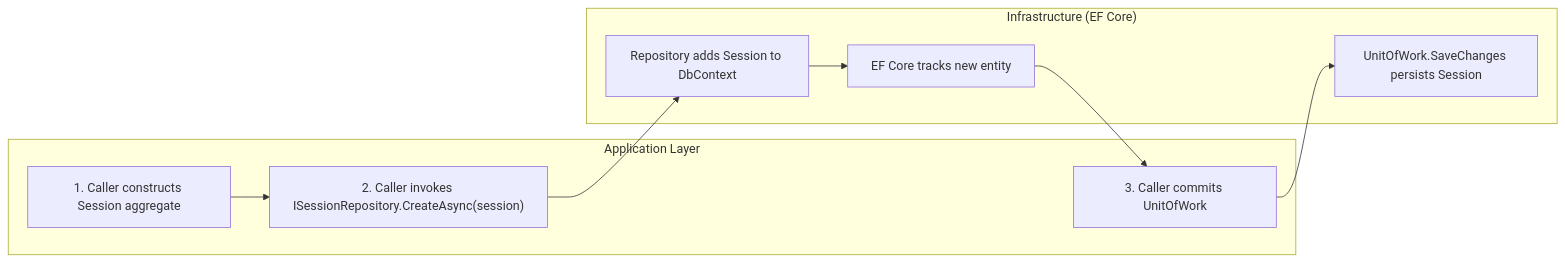
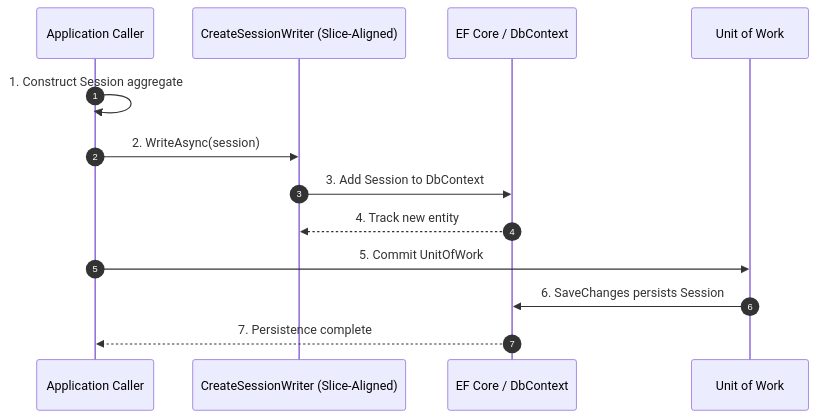
Before and after one commit to FrankJHughes/camp-fit-fur-dogs: the diagram in docs/Frank/Identity/guides/developer/sessions/create-session/README.md, drawn with Mermaid. The commit also changed other lines of this file and 20 other files, not shown here.

Commit message:
document: use sequence instead of swimlane diagrams and add the top level developer guide for frank identity

````diff
--- a/docs/Frank/Identity/guides/developer/sessions/create-session/README.md
+++ b/docs/Frank/Identity/guides/developer/sessions/create-session/README.md
@@ -18,18 +19,18 @@
 ```mermaid
-flowchart LR
-    %% Lanes
-    subgraph APP["Application Layer"]
-        A1["1. Caller constructs Session aggregate"]
-        A2["2. Caller invokes ISessionRepository.CreateAsync(session)"]
-        A3["3. Caller commits UnitOfWork"]
-    end
+sequenceDiagram
+    autonumber
 
-    subgraph INFRA["Infrastructure (EF Core)"]
-        I1["Repository adds Session to DbContext"]
-        I2["EF Core tracks new entity"]
-        I3["UnitOfWork.SaveChanges persists Session"]
-    end
+    participant CALLER as Application Caller
+    participant WRITER as CreateSessionWriter (Slice-Aligned)
+    participant EF as EF Core / DbContext
+    participant UOW as Unit of Work
 
-    %% Flow
-    A1 --> A2 --> I1 --> I2 --> A3 --> I3
+    CALLER->>CALLER: 1. Construct Session aggregate
+    CALLER->>WRITER: 2. WriteAsync(session)
+    WRITER->>EF: 3. Add Session to DbContext
+    EF-->>WRITER: 4. Track new entity
+
+    CALLER->>UOW: 5. Commit UnitOfWork
+    UOW->>EF: 6. SaveChanges persists Session
+    EF-->>CALLER: 7. Persistence complete
 ```
````
